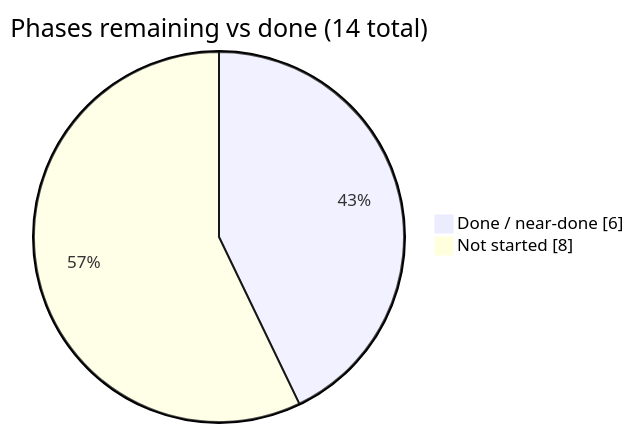
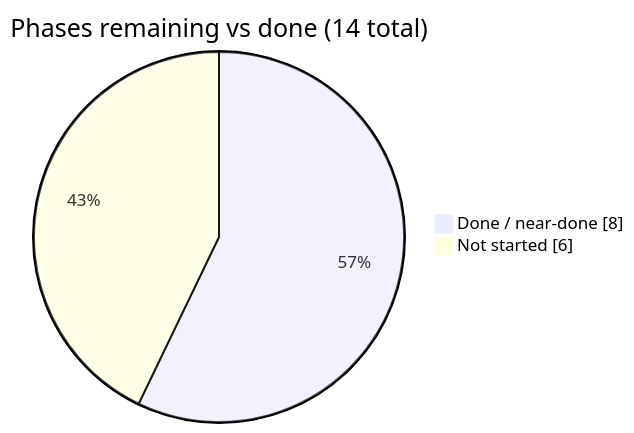
Before and after one commit to yashika641/postgreSQL_query-ai: the fourth of 4 diagrams in docs/DASHBOARD.md, drawn with Mermaid. The commit also changed other lines of this file and 26 other files, not shown here.

````diff
--- a/docs/DASHBOARD.md
+++ b/docs/DASHBOARD.md
@@ -177,6 +191,6 @@
 ```mermaid
 pie showData
     title Phases remaining vs done (14 total)
-    "Done / near-done" : 6
-    "Not started" : 8
+    "Done / near-done" : 8
+    "Not started" : 6
 ```
````
